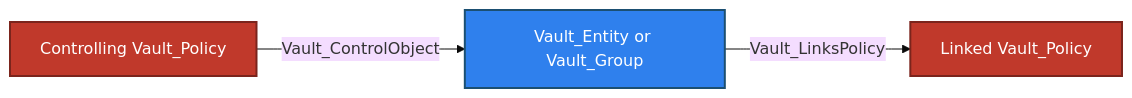
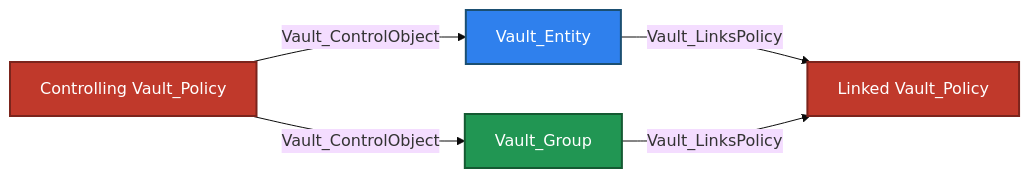
One commit to bytewreck/opengraph-vault changed the fourth of 12 diagrams in Documentation/stores/IDENTITY.md. Above: the diagram before and after it, drawn with Mermaid (base theme). The commit also changed other lines of this file and 1 other file, not shown here.

````diff
--- a/Documentation/stores/IDENTITY.md
+++ b/Documentation/stores/IDENTITY.md
@@ -193,8 +212,11 @@
 ```mermaid
 flowchart LR
-    policyA[Controlling Vault_Policy]:::policyNode -->|Vault_ControlObject| identity[Vault_Entity or Vault_Group]:::identityNode
-    identity -->|Vault_LinksPolicy| policyB[Linked Vault_Policy]:::policyNode
+    policyA[Controlling Vault_Policy]:::policyNode -->|Vault_ControlObject| entity[Vault_Entity]:::identityNode
+    policyA -->|Vault_ControlObject| group[Vault_Group]:::groupNode
+    entity -->|Vault_LinksPolicy| policyB[Linked Vault_Policy]:::policyNode
+    group -->|Vault_LinksPolicy| policyB
 
     classDef policyNode fill:#C0392B,color:#fff,stroke:#7B241C,stroke-width:2px
     classDef identityNode fill:#2F80ED,color:#fff,stroke:#1B4F72,stroke-width:2px
+    classDef groupNode fill:#219653,color:#fff,stroke:#145A32,stroke-width:2px
 ```
````
